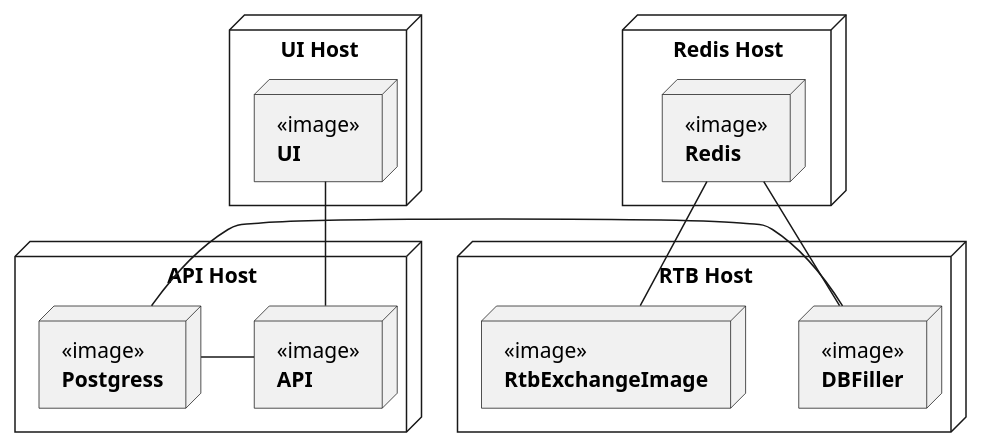
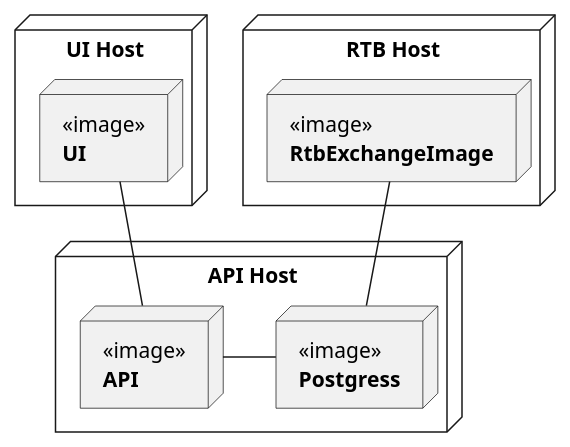
The diagram in diagrams/deployment.puml (bwsw/simple-rtb-exchange), drawn with PlantUML before and after one commit.

Commit message:
develop - deployment.puml changed

```diff
--- a/diagrams/deployment.puml
+++ b/diagrams/deployment.puml
@@ -1,55 +1,38 @@
 @startuml
 
 node "API Host" {
 
     node APIImage [
         <<image>>
         <b>API</b>
     ]
 
     node PostgressImage [
         <<image>>
         <b>Postgress</b>
     ]
 
     APIImage -left- PostgressImage
 }
 
 node "UI Host" {
 
     node UIImage [
         <<image>>
         <b>UI</b>
     ]
 
     UIImage -- APIImage
 }
 
-node "Redis Host" {
-    node RedisImage [
-        <<image>>
-        <b>Redis</b>
-    ]
-}
 
 node "RTB Host" {
 
     node RtbExchangeImage [
         <<image>>
         <b>RtbExchangeImage</b>
     ]
-
-    node DBFillerImage [
-        <<image>>
-        <b>DBFiller</b>
-    ]
 }
-
-
-PostgressImage -left- DBFillerImage
-DBFillerImage -left- RedisImage
-
-RedisImage -- RtbExchangeImage
-
+RtbExchangeImage -- PostgressImage
 
 @enduml
```
